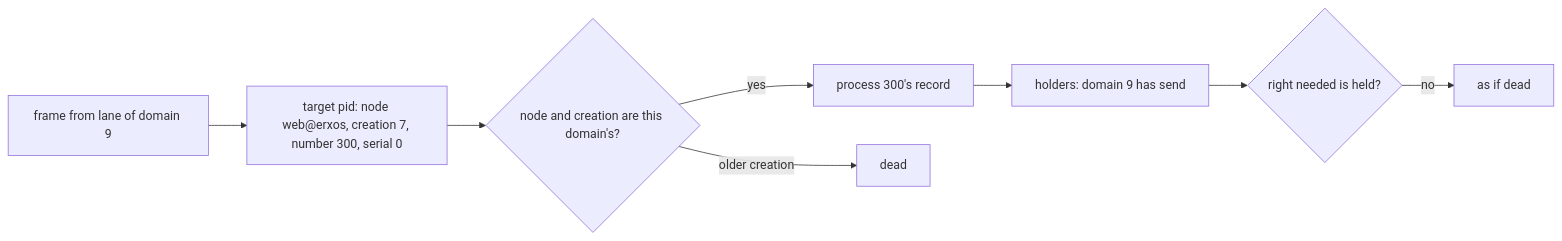
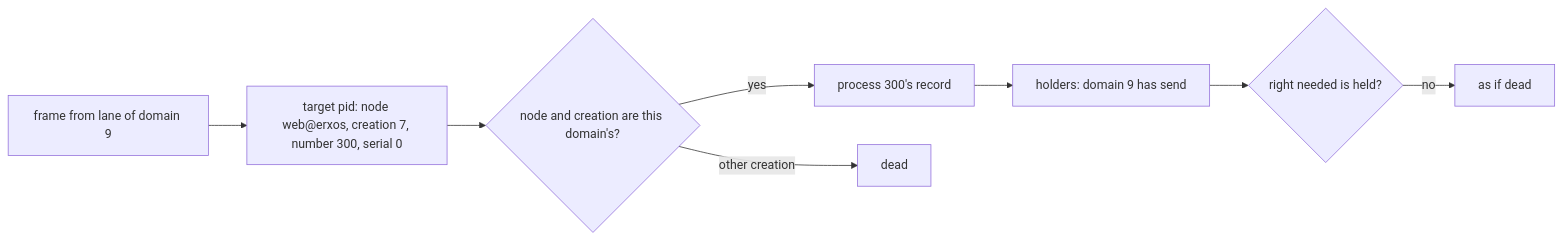
One commit to nshkrdotcom/erXos changed the second of 4 diagrams in docs/book/10-domains.md. Above: the diagram before and after it, drawn with Mermaid. The commit also changed other lines of this file, not shown here.

````diff
--- a/docs/book/10-domains.md
+++ b/docs/book/10-domains.md
@@ -577,13 +509,13 @@
 ```mermaid
 flowchart LR
     F["frame from lane of domain 9"]
     P["target pid: node web@erxos, creation 7, number 300, serial 0"]
     N{"node and creation are this domain's?"}
     L["process 300's record"]
     H["holders: domain 9 has send"]
     V{"right needed is held?"}
     F --> P --> N
     N -- yes --> L --> H --> V
-    N -- "older creation" --> D["dead"]
+    N -- "other creation" --> D["dead"]
     V -- no --> D2["as if dead"]
 ```
````
